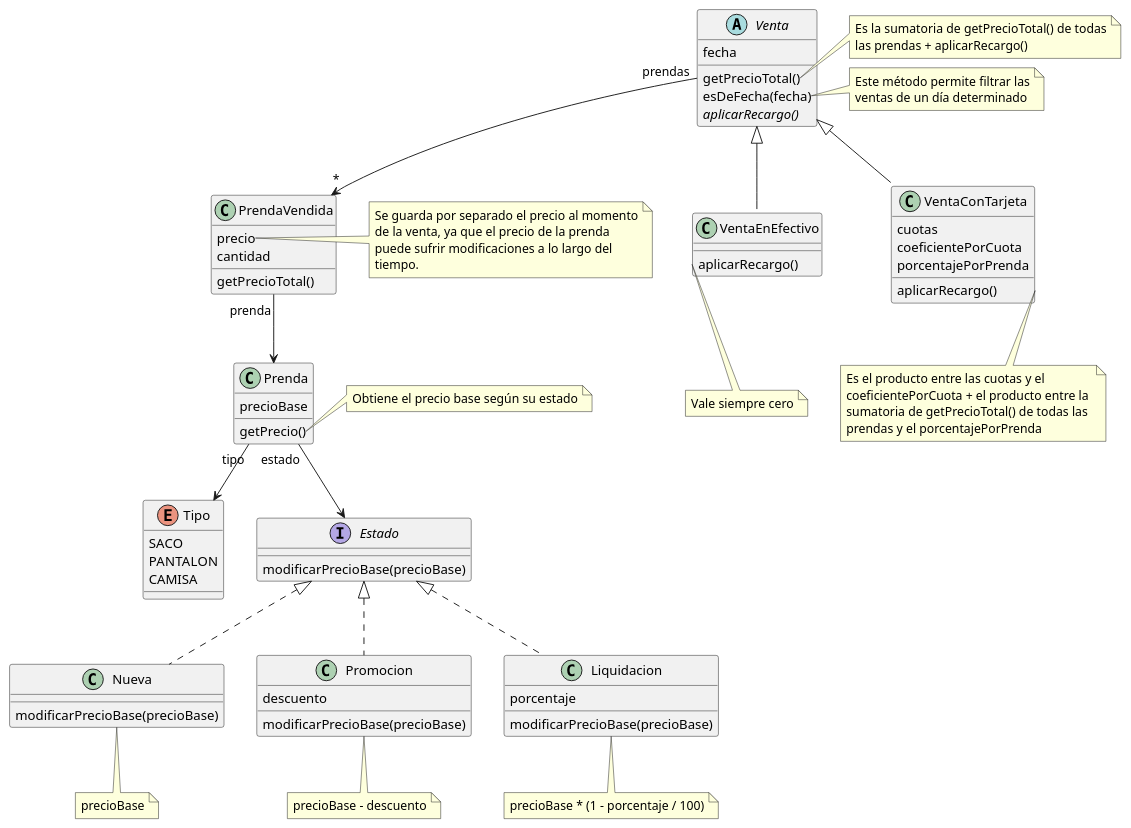
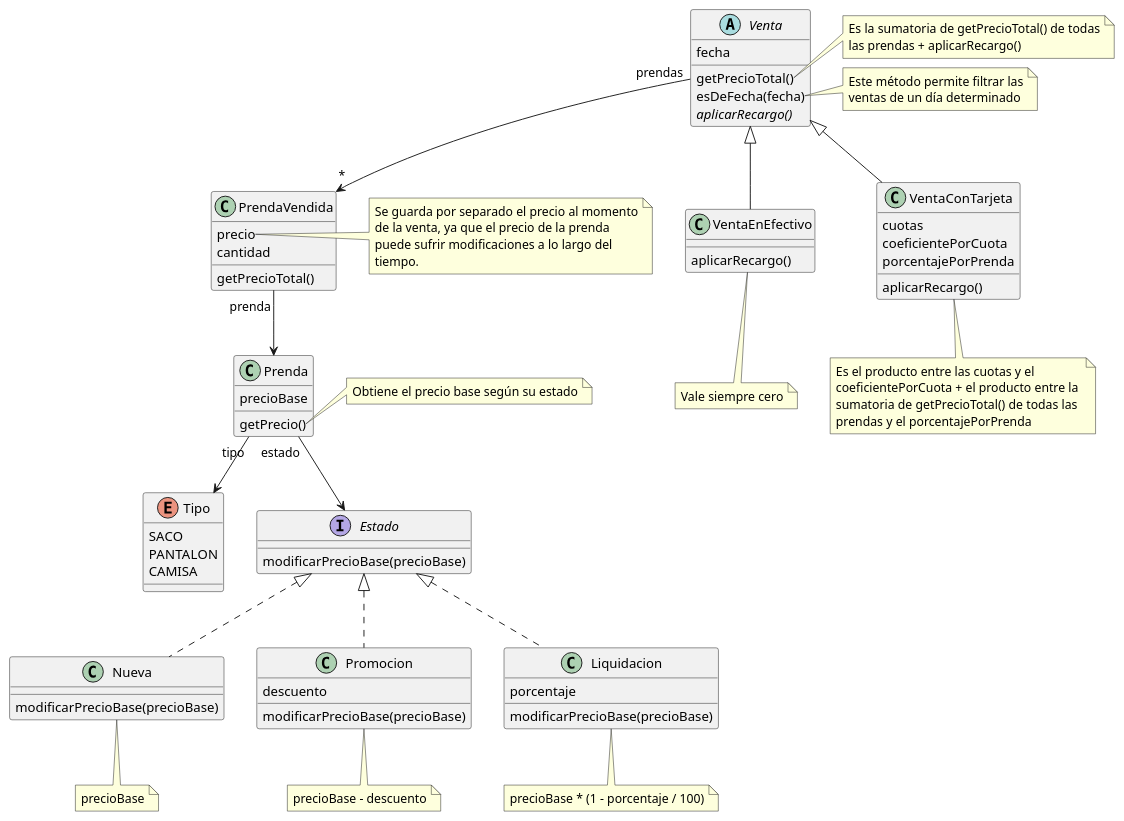
Before and after one commit to RaniAgus/dds-jv-2022-macowins: the diagram in docs/diagram.puml, drawn with PlantUML.

```diff
--- a/docs/diagram.puml
+++ b/docs/diagram.puml
@@ -1,116 +1,116 @@
 @startuml
 abstract class Venta {
   fecha
   getPrecioTotal()
   esDeFecha(fecha)
   {abstract} aplicarRecargo()
 }
 
 Venta "prendas" --> "*" PrendaVendida
 
 note right of Venta::getPrecioTotal
   Es la sumatoria de getPrecioTotal() de todas
   las prendas + aplicarRecargo()
 end note
 
 note right of Venta::esDeFecha
   Este método permite filtrar las
   ventas de un día determinado
 end note
 
 class VentaEnEfectivo extends Venta {
   aplicarRecargo()
 }
 
 note as RecargoEfectivo
   Vale siempre cero
 end note
 
-VentaEnEfectivo::aplicarRecargo .. RecargoEfectivo
+VentaEnEfectivo .. RecargoEfectivo
 
 class VentaConTarjeta extends Venta {
   cuotas
   coeficientePorCuota
   porcentajePorPrenda
   aplicarRecargo()
 }
 
 note as RecargoTarjeta
   Es el producto entre las cuotas y el 
   coeficientePorCuota + el producto entre la 
   sumatoria de getPrecioTotal() de todas las
   prendas y el porcentajePorPrenda
 end note
 
-VentaConTarjeta::aplicarRecargo .. RecargoTarjeta
+VentaConTarjeta .. RecargoTarjeta
 
 class PrendaVendida {
   precio
   cantidad
   getPrecioTotal()
 }
 
 PrendaVendida "prenda" --> Prenda
 
 note right of PrendaVendida::precio
   Se guarda por separado el precio al momento
   de la venta, ya que el precio de la prenda
   puede sufrir modificaciones a lo largo del
   tiempo.
 end note
 
 class Prenda {
   precioBase
   getPrecio()
 }
 
 Prenda "tipo" --> Tipo
 Prenda "estado" --> Estado
 
 note right of Prenda::getPrecio
 Obtiene el precio base según su estado
 end note
 
 enum Tipo {
   SACO
   PANTALON
   CAMISA
 }
 
 interface Estado {
   modificarPrecioBase(precioBase)
 }
 
 class Nueva implements Estado {
   modificarPrecioBase(precioBase)
 }
 
 note as NuevaCalculo
 precioBase
 end note
 
 Nueva .. NuevaCalculo
 
 class Promocion implements Estado {
   descuento
   modificarPrecioBase(precioBase)
 }
 
 note as PromocionCalculo
 precioBase - descuento
 end note
 
 Promocion .. PromocionCalculo
 
 class Liquidacion implements Estado {
   porcentaje
   modificarPrecioBase(precioBase)
 }
 
 note as LiquidacionCalculo
 precioBase * (1 - porcentaje / 100)
 end note
 
 Liquidacion .. LiquidacionCalculo
 
 @enduml
```
